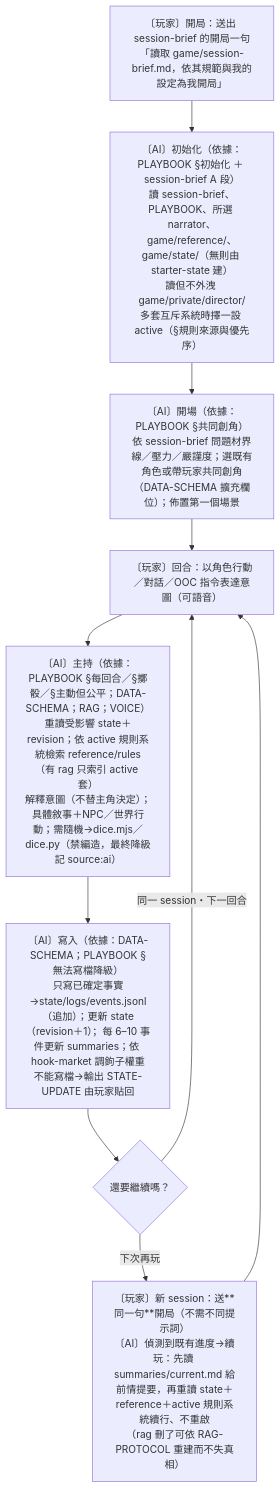
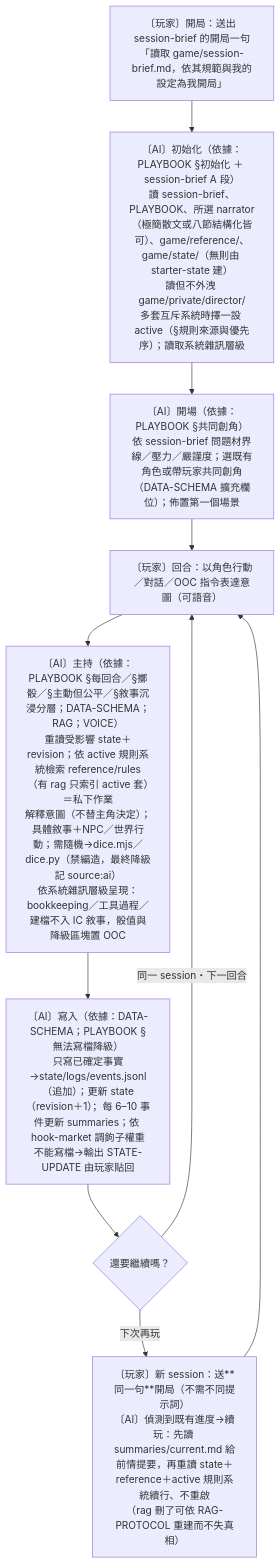
Before and after one commit to AstraKismet/worldthread-solo-adventure-template: the second of 2 diagrams in PROJECT-DESIGN.md, drawn with Mermaid. The commit also changed other lines of this file and 2 other files, not shown here.

First line of the commit message:
docs: 版本升至 0.4.0，更新設計規格、流程圖與計畫 backlog

````diff
--- a/PROJECT-DESIGN.md
+++ b/PROJECT-DESIGN.md
@@ -115,12 +121,12 @@
 ```mermaid
 flowchart TD
   P0["〔玩家〕開局：送出 session-brief 的開局一句<br/>「讀取 game/session-brief.md，依其規範與我的設定為我開局」"] --> I1
-  I1["〔AI〕初始化（依據：PLAYBOOK §初始化 ＋ session-brief A 段）<br/>讀 session-brief、PLAYBOOK、所選 narrator、game/reference/、game/state/（無則由 starter-state 建）<br/>讀但不外洩 game/private/director/<br/>多套互斥系統時擇一設 active（§規則來源與優先序）"] --> I2
+  I1["〔AI〕初始化（依據：PLAYBOOK §初始化 ＋ session-brief A 段）<br/>讀 session-brief、PLAYBOOK、所選 narrator（極簡散文或八節結構化皆可）、game/reference/、game/state/（無則由 starter-state 建）<br/>讀但不外洩 game/private/director/<br/>多套互斥系統時擇一設 active（§規則來源與優先序）；讀取系統雜訊層級"] --> I2
   I2["〔AI〕開場（依據：PLAYBOOK §共同創角）<br/>依 session-brief 問題材界線／壓力／嚴謹度；選既有角色或帶玩家共同創角（DATA-SCHEMA 擴充欄位）；佈置第一個場景"] --> T0
   T0["〔玩家〕回合：以角色行動／對話／OOC 指令表達意圖（可語音）"] --> T1
-  T1["〔AI〕主持（依據：PLAYBOOK §每回合／§擲骰／§主動但公平；DATA-SCHEMA；RAG；VOICE）<br/>重讀受影響 state＋revision；依 active 規則系統檢索 reference/rules（有 rag 只索引 active 套）<br/>解釋意圖（不替主角決定）；具體敘事＋NPC／世界行動；需隨機→dice.mjs／dice.py（禁編造，最終降級記 source:ai）"] --> T2
+  T1["〔AI〕主持（依據：PLAYBOOK §每回合／§擲骰／§主動但公平／§敘事沉浸分層；DATA-SCHEMA；RAG；VOICE）<br/>重讀受影響 state＋revision；依 active 規則系統檢索 reference/rules（有 rag 只索引 active 套）＝私下作業<br/>解釋意圖（不替主角決定）；具體敘事＋NPC／世界行動；需隨機→dice.mjs／dice.py（禁編造，最終降級記 source:ai）<br/>依系統雜訊層級呈現：bookkeeping／工具過程／建檔不入 IC 敘事，骰值與降級區塊置 OOC"] --> T2
   T2["〔AI〕寫入（依據：DATA-SCHEMA；PLAYBOOK §無法寫檔降級）<br/>只寫已確定事實→state/logs/events.jsonl（追加）；更新 state（revision＋1）；每 6–10 事件更新 summaries；依 hook-market 調鉤子權重<br/>不能寫檔→輸出 STATE-UPDATE 由玩家貼回"] --> T3{"還要繼續嗎？"}
   T3 -->|同一 session・下一回合| T0
   T3 -->|下次再玩| R0
   R0["〔玩家〕新 session：送**同一句**開局（不需不同提示詞）<br/>〔AI〕偵測到既有進度→續玩：先讀 summaries/current.md 給前情提要，再重讀 state＋reference＋active 規則系統續行、不重啟<br/>（rag 刪了可依 RAG-PROTOCOL 重建而不失真相）"] --> T0
 ```
````
